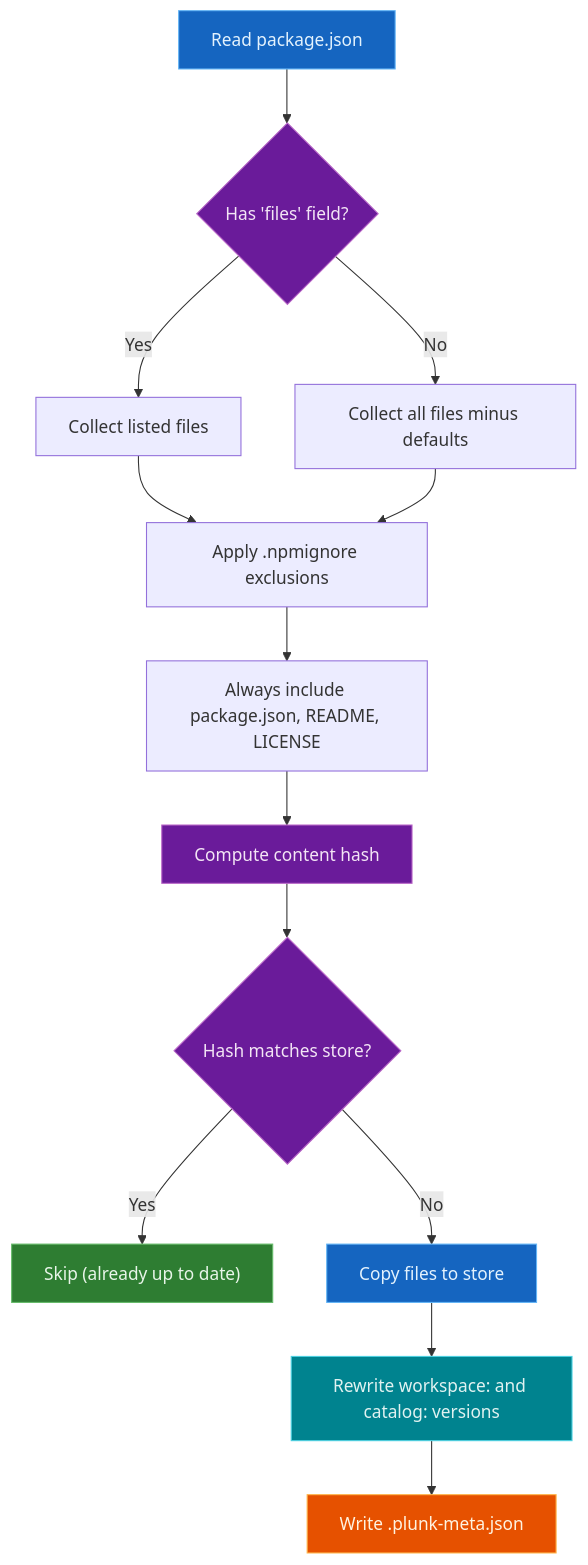
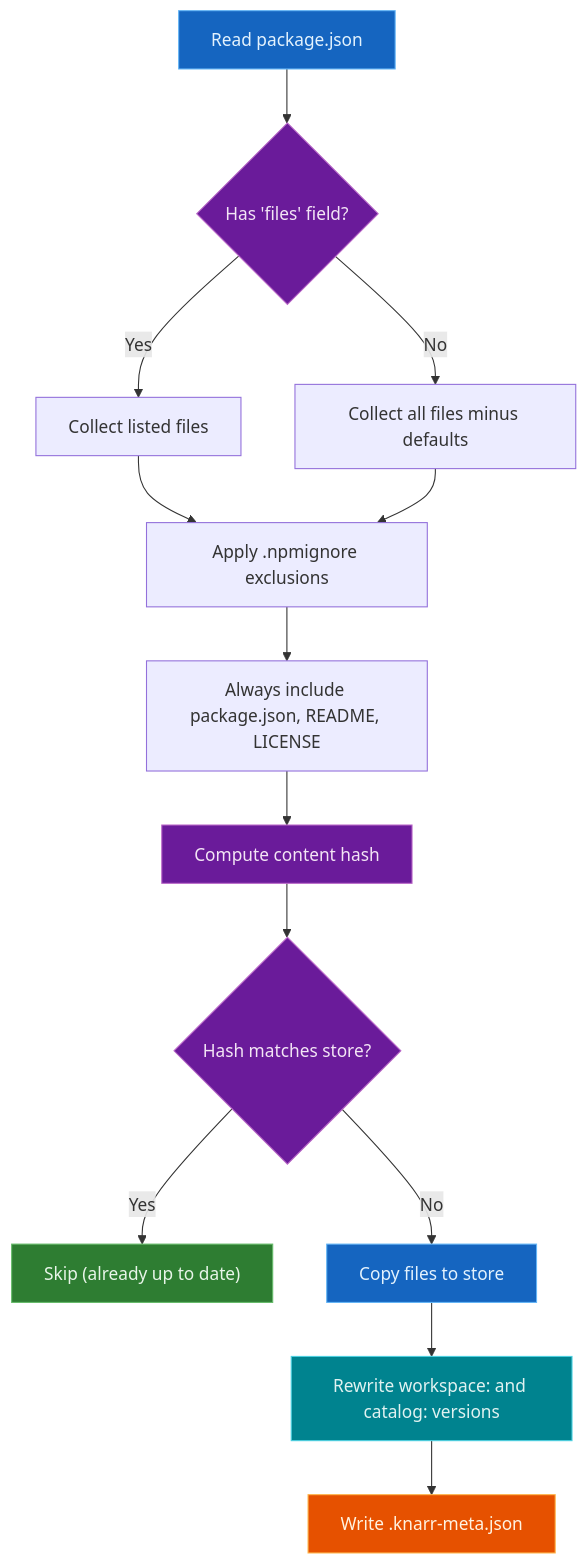
One commit to oleg-kuibar/plunk changed the second of 5 diagrams in docs/how-it-works.md. Above: the diagram before and after it, drawn with Mermaid. The commit also changed other lines of this file and 135 other files, not shown here.

````diff
--- a/docs/how-it-works.md
+++ b/docs/how-it-works.md
@@ -75,24 +75,24 @@
 ```mermaid
 flowchart TD
     A[Read package.json] --> B{Has 'files' field?}
     B -- Yes --> C[Collect listed files]
     B -- No --> D[Collect all files minus defaults]
     C --> E[Apply .npmignore exclusions]
     D --> E
     E --> F[Always include package.json, README, LICENSE]
     F --> G[Compute content hash]
     G --> H{Hash matches store?}
     H -- Yes --> I["Skip (already up to date)"]
     H -- No --> J[Copy files to store]
     J --> K[Rewrite workspace: and catalog: versions]
-    K --> L[Write .plunk-meta.json]
+    K --> L[Write .knarr-meta.json]
 
     style A fill:#1565c0,stroke:#64b5f6,color:#e3f2fd
     style B fill:#6a1b9a,stroke:#ba68c8,color:#f3e5f5
     style G fill:#6a1b9a,stroke:#ba68c8,color:#f3e5f5
     style H fill:#6a1b9a,stroke:#ba68c8,color:#f3e5f5
     style I fill:#2e7d32,stroke:#66bb6a,color:#e8f5e9
     style J fill:#1565c0,stroke:#64b5f6,color:#e3f2fd
     style K fill:#00838f,stroke:#4dd0e1,color:#e0f2f1
     style L fill:#e65100,stroke:#ffb74d,color:#fff3e0
 ```
````
